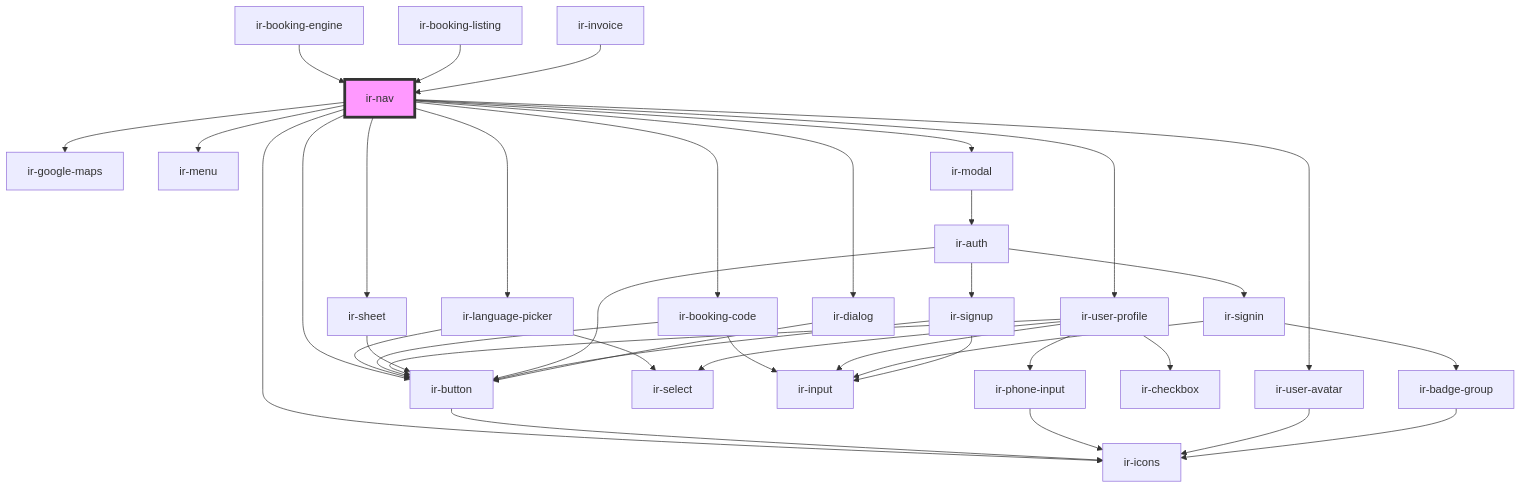
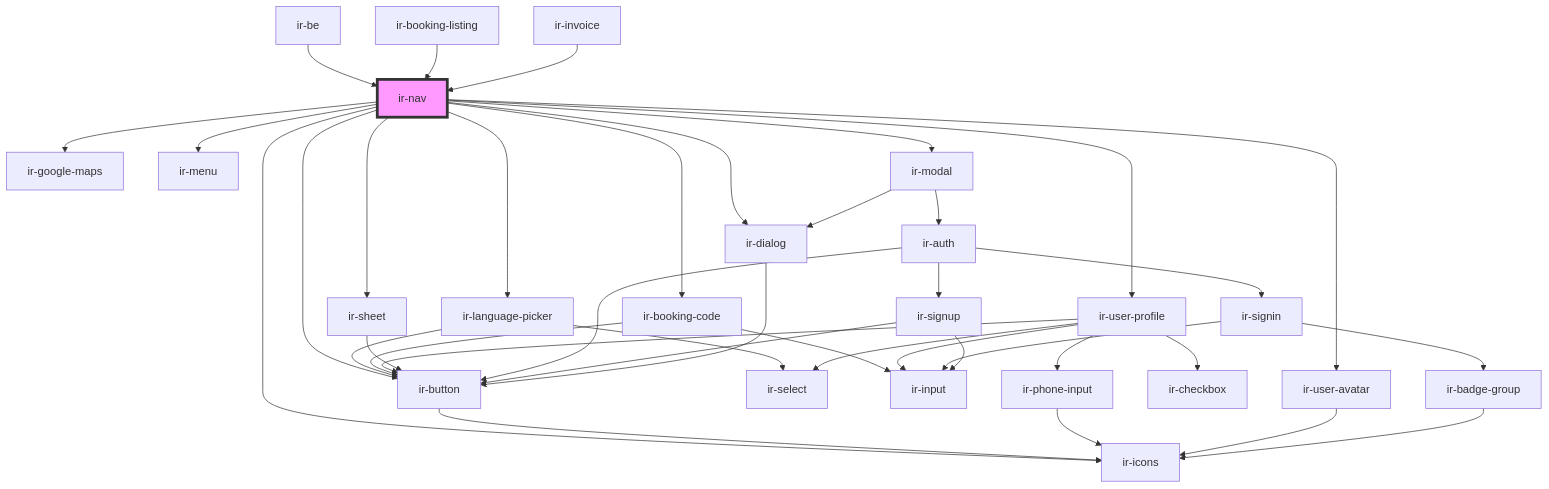
Before and after one commit to RonyRizk/ir-be: the diagram in src/components/ir-booking-engine/ir-nav/readme.md, drawn with Mermaid. The commit also changed other lines of this file and 144 other files, not shown here.

````diff
--- a/src/components/ir-booking-engine/ir-nav/readme.md
+++ b/src/components/ir-booking-engine/ir-nav/readme.md
@@ -54,41 +54,42 @@
 ```mermaid
 graph TD;
   ir-nav --> ir-language-picker
   ir-nav --> ir-booking-code
   ir-nav --> ir-google-maps
   ir-nav --> ir-user-profile
   ir-nav --> ir-button
   ir-nav --> ir-menu
   ir-nav --> ir-user-avatar
   ir-nav --> ir-icons
   ir-nav --> ir-sheet
   ir-nav --> ir-modal
   ir-nav --> ir-dialog
   ir-language-picker --> ir-select
   ir-language-picker --> ir-button
   ir-button --> ir-icons
   ir-booking-code --> ir-input
   ir-booking-code --> ir-button
   ir-user-profile --> ir-input
   ir-user-profile --> ir-select
   ir-user-profile --> ir-phone-input
   ir-user-profile --> ir-checkbox
   ir-user-profile --> ir-button
   ir-phone-input --> ir-icons
   ir-user-avatar --> ir-icons
   ir-sheet --> ir-button
   ir-modal --> ir-auth
+  ir-modal --> ir-dialog
   ir-auth --> ir-signin
   ir-auth --> ir-signup
   ir-auth --> ir-button
   ir-signin --> ir-badge-group
   ir-signin --> ir-input
   ir-badge-group --> ir-icons
   ir-signup --> ir-input
   ir-signup --> ir-button
   ir-dialog --> ir-button
-  ir-booking-engine --> ir-nav
+  ir-be --> ir-nav
   ir-booking-listing --> ir-nav
   ir-invoice --> ir-nav
   style ir-nav fill:#f9f,stroke:#333,stroke-width:4px
 ```
````
